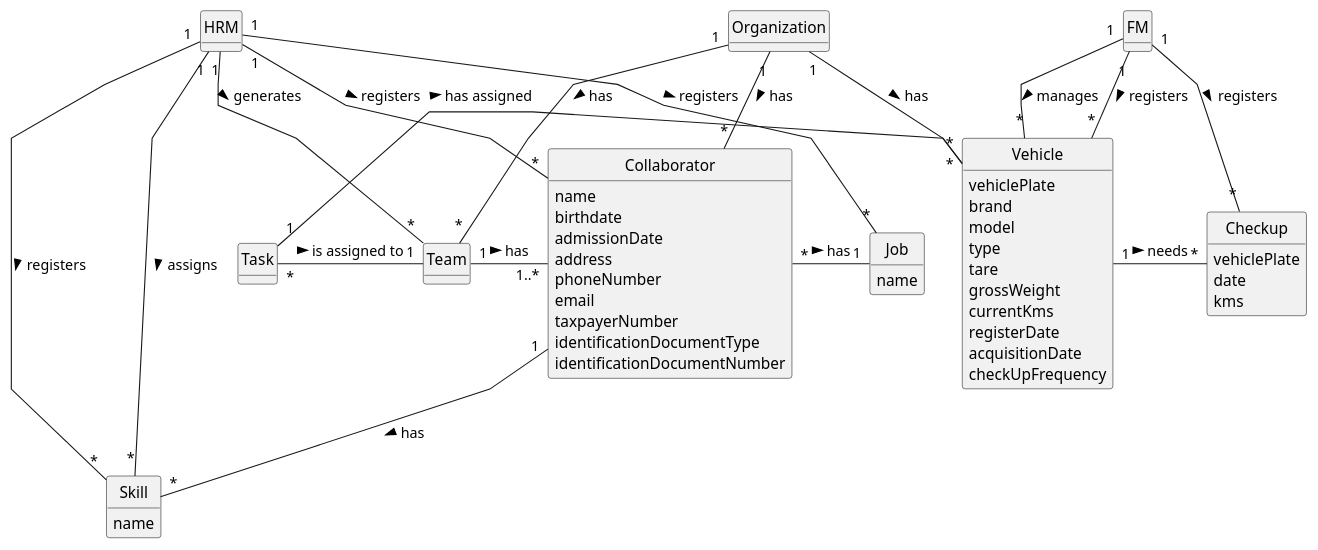
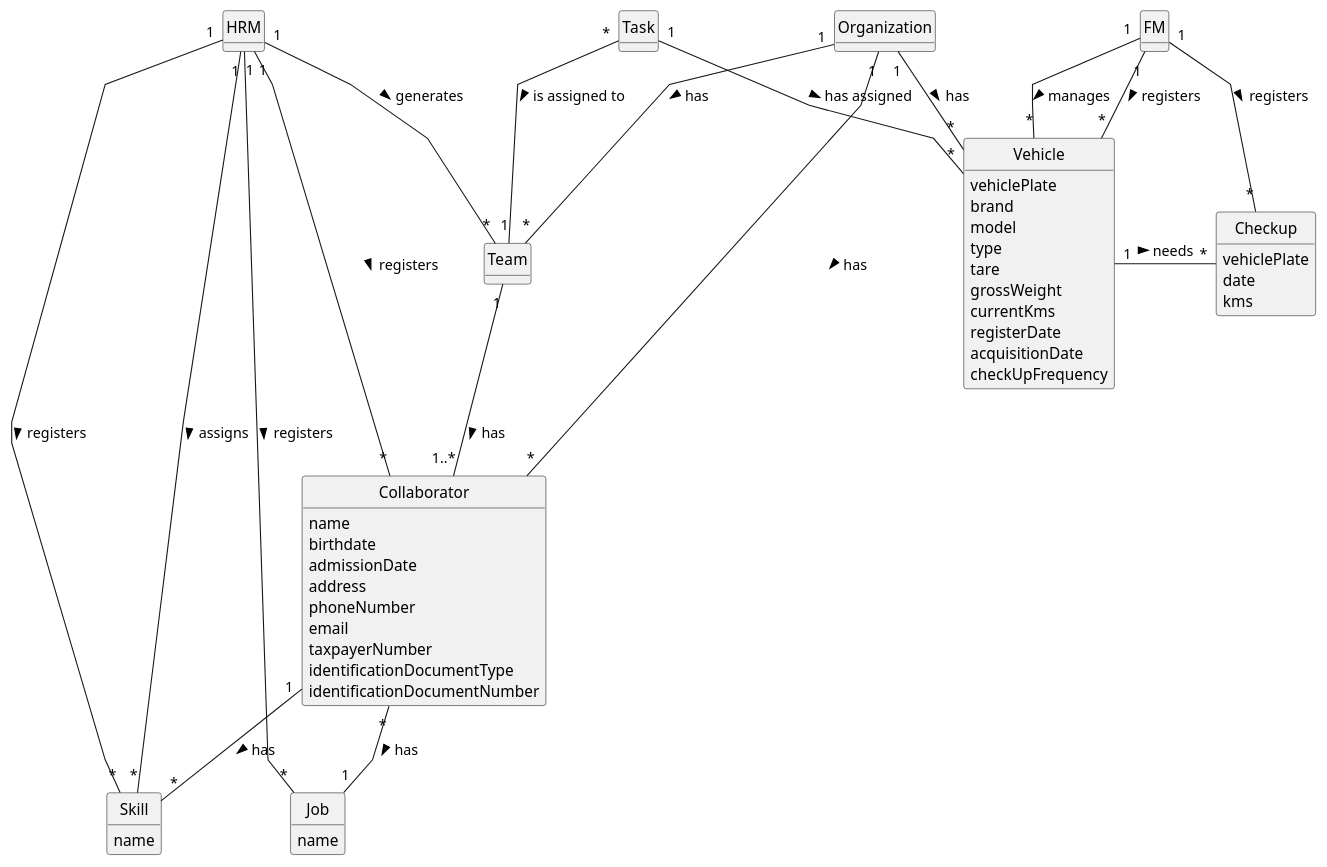
The diagram in docs/sprintA/global-artifacts/02.analysis/puml/project-domain-model.puml (Departamento-de-Engenharia-Informatica/lei-24-s2-1dm-g132), drawn with PlantUML before and after one commit.

Commit message:
Project global domain model upgrade

```diff
--- a/docs/sprintA/global-artifacts/02.analysis/puml/project-domain-model.puml
+++ b/docs/sprintA/global-artifacts/02.analysis/puml/project-domain-model.puml
@@ -1,91 +1,91 @@
 @startuml
 skinparam monochrome true
 skinparam packageStyle rectangle
 skinparam shadowing false
 'skinparam linetype ortho
 skinparam linetype polyline
 'left to right direction
 skinparam classAttributeIconSize 0
 hide circle
 hide methods
 
 'title Domain Model
 
 'class Platform {
 '  -description
 '}
 
 class HRM {
 }
 
 class FM {
 }
 
 class Organization{
 }
 
 class Skill {
     name
 }
 
 class Job {
     name
 }
 
 class Collaborator {
     name
     birthdate
     admissionDate
     address
     phoneNumber
     email
     taxpayerNumber
     identificationDocumentType
     identificationDocumentNumber
 }
 
 class Team {
 }
 
 class Task {
 }
 
 class Vehicle {
     vehiclePlate
     brand
     model
     type
     tare
     grossWeight
     currentKms
     registerDate
     acquisitionDate
     checkUpFrequency
 }
 
 class Checkup {
 vehiclePlate
     date
     kms
 }
 
 HRM "1" - "*" Skill : registers >
 HRM "1" - "*" Job : registers >
-HRM "1" -- "*" Collaborator : registers >
+HRM "1" --- "*" Collaborator : registers >
 HRM "1" -- "*" Skill : assigns >
 HRM "1" -- "*" Team : generates >
-Organization "1" -- "*" Collaborator : has >
+Organization "1" --- "*" Collaborator : has >
 Organization "1" -- "*" Team : has >
-Collaborator "*" - "1" Job : has >
+Collaborator "*" -- "1" Job : has >
 Collaborator "1" -- "*" Skill : has >
 Team "1" - "1..*" Collaborator : has >
-Task "*" - "1" Team : is assigned to >
+Task "*" -- "1" Team : is assigned to >
 FM "1" -- "*" Vehicle : registers >
 FM "1" -- "*" Vehicle : manages >
 Vehicle "1" - "*" Checkup : needs >
 Task "1" - "*" Vehicle : has assigned >
 FM "1" -- "*" Checkup : registers >
 Organization "1" -- "*" Vehicle : has >
 
 
 @enduml
```
